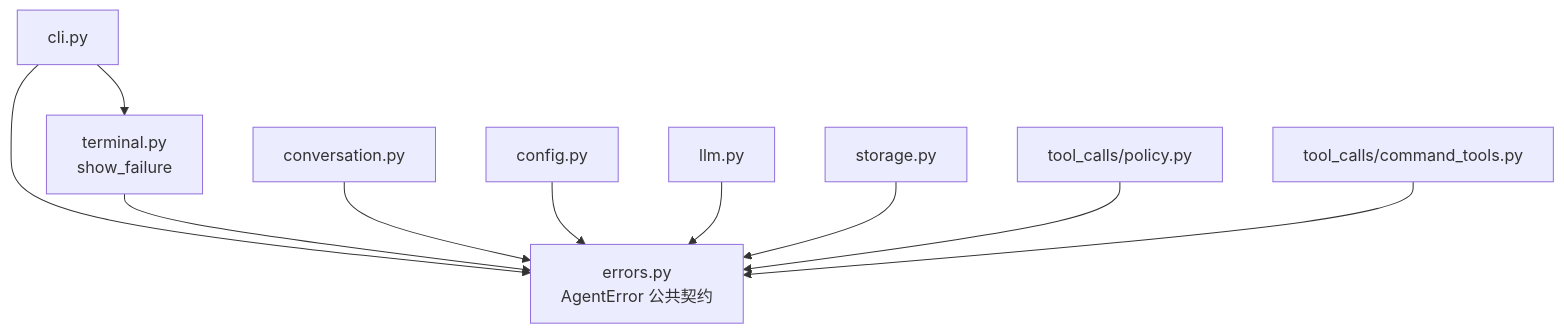
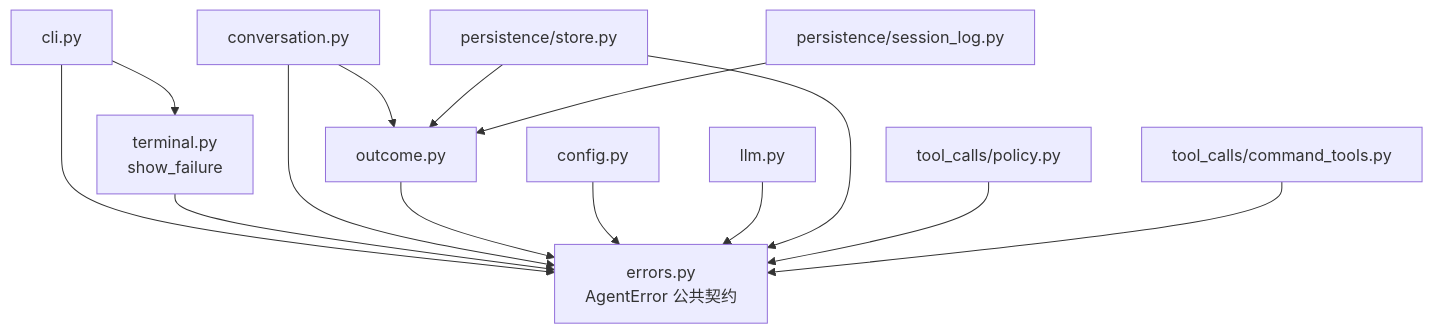
The third of 3 diagrams in docs/architecture.md (Plvltra/AdamAgent), drawn with Mermaid before and after one commit. The commit also changed other lines of this file and 28 other files, not shown here.

````diff
--- a/docs/architecture.md
+++ b/docs/architecture.md
@@ -101,12 +112,16 @@
 ```mermaid
 flowchart TD
     CLI["cli.py"] --> ERROR["errors.py<br/>AgentError 公共契约"]
     CLI --> TERM["terminal.py<br/>show_failure"]
     TERM --> ERROR
     CONV["conversation.py"] --> ERROR
+    CONV --> OUTCOME["outcome.py"]
+    OUTCOME --> ERROR
+    STORE["persistence/store.py"] --> OUTCOME
+    LOG["persistence/session_log.py"] --> OUTCOME
     CONFIG["config.py"] --> ERROR
     LLM["llm.py"] --> ERROR
-    STORE["storage.py"] --> ERROR
+    STORE["persistence/store.py"] --> ERROR
     POLICY["tool_calls/policy.py"] --> ERROR
     COMMAND["tool_calls/command_tools.py"] --> ERROR
 ```
````
